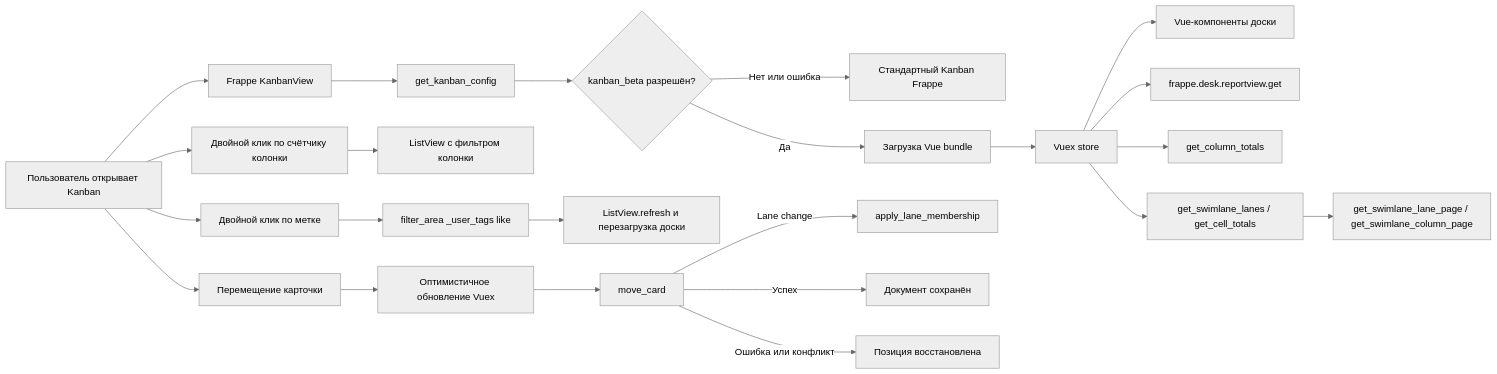
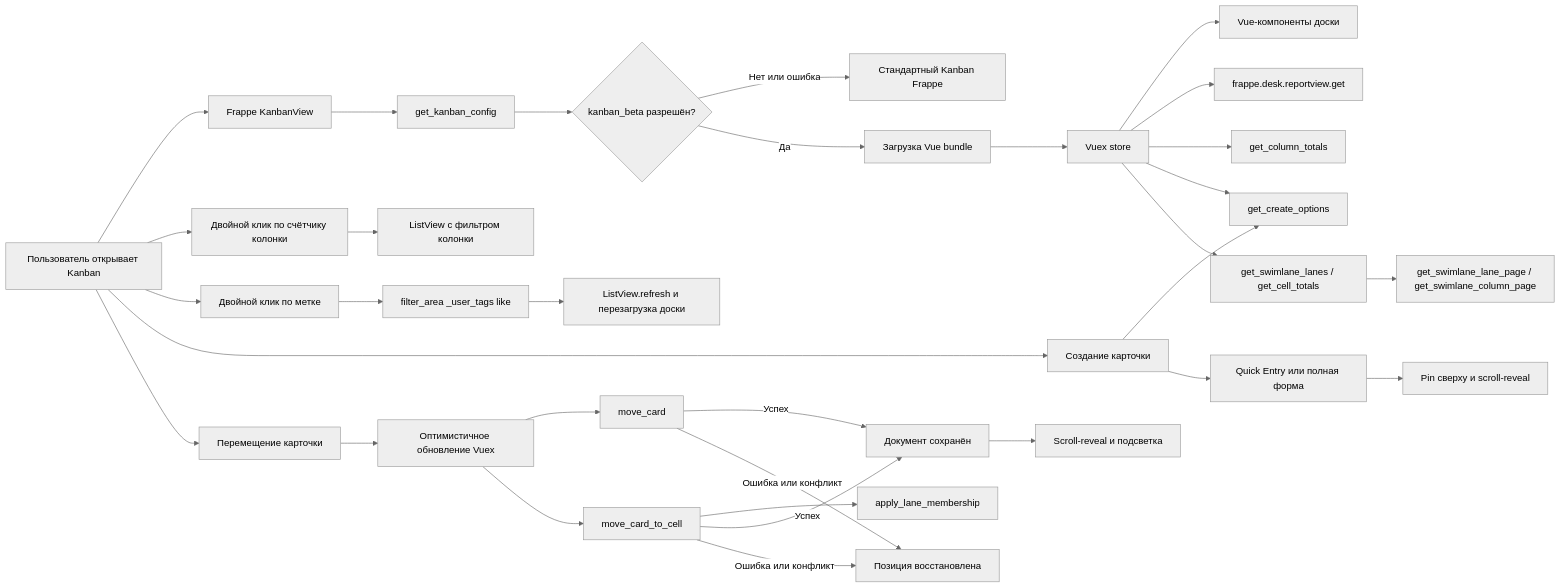
Before and after one commit to Dinext-pro/dinext_kanban: the diagram in README.md, drawn with Mermaid (neutral theme). The commit also changed other lines of this file, not shown here.

Commit message:
feat: enhance Kanban board functionality with new card creation options, improved drag-and-drop interactions, and dynamic link title display; update frontend build instructions for asset management and streamline user experience with automatic column expansion and scrolling after actions

````diff
--- a/README.md
+++ b/README.md
@@ -522,25 +549,34 @@
 ```mermaid
 flowchart LR
     User[Пользователь открывает Kanban] --> Native[Frappe KanbanView]
     Native --> Config[get_kanban_config]
     Config --> Decision{kanban_beta разрешён?}
     Decision -->|Нет или ошибка| Standard[Стандартный Kanban Frappe]
     Decision -->|Да| Bundle[Загрузка Vue bundle]
     Bundle --> Store[Vuex store]
     Store --> Board[Vue-компоненты доски]
     Store --> ListAPI[frappe.desk.reportview.get]
     Store --> Totals[get_column_totals]
+    Store --> CreateOpts[get_create_options]
     Store --> SwimLanes[get_swimlane_lanes / get_cell_totals]
     SwimLanes --> CellPage[get_swimlane_lane_page / get_swimlane_column_page]
     User --> ListNav[Двойной клик по счётчику колонки]
     ListNav --> ListView[ListView с фильтром колонки]
     User --> TagFilter[Двойной клик по метке]
     TagFilter --> FilterArea[filter_area _user_tags like]
     FilterArea --> Refresh[ListView.refresh и перезагрузка доски]
+    User --> Create[Создание карточки]
+    Create --> CreateOpts
+    Create --> FormUI[Quick Entry или полная форма]
+    FormUI --> RevealCreate[Pin сверху и scroll-reveal]
     User --> Move[Перемещение карточки]
     Move --> Optimistic[Оптимистичное обновление Vuex]
     Optimistic --> MoveAPI[move_card]
-    MoveAPI -->|Lane change| LaneMem[apply_lane_membership]
+    Optimistic --> CellAPI[move_card_to_cell]
+    CellAPI --> LaneMem[apply_lane_membership]
     MoveAPI -->|Успех| Saved[Документ сохранён]
+    CellAPI -->|Успех| Saved
     MoveAPI -->|Ошибка или конфликт| Rollback[Позиция восстановлена]
+    CellAPI -->|Ошибка или конфликт| Rollback
+    Saved --> RevealMove[Scroll-reveal и подсветка]
 ```
````
